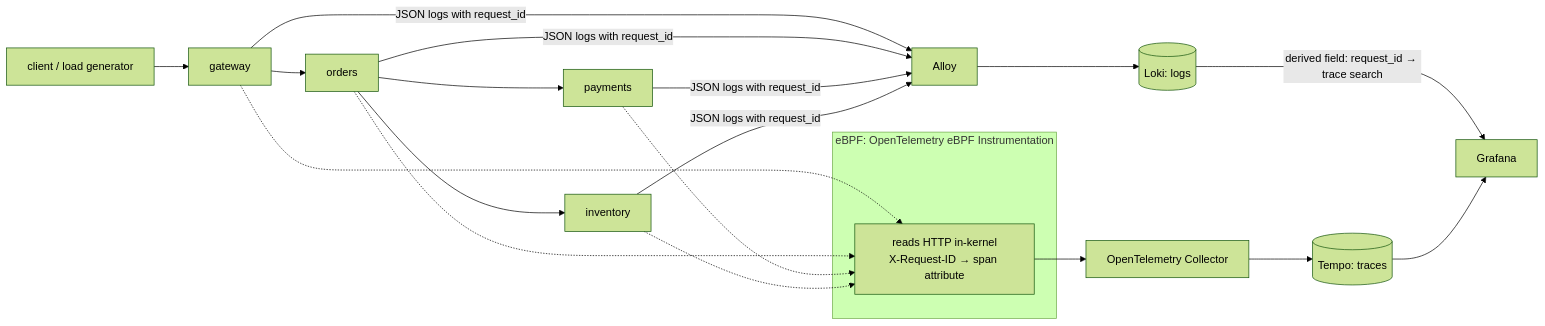
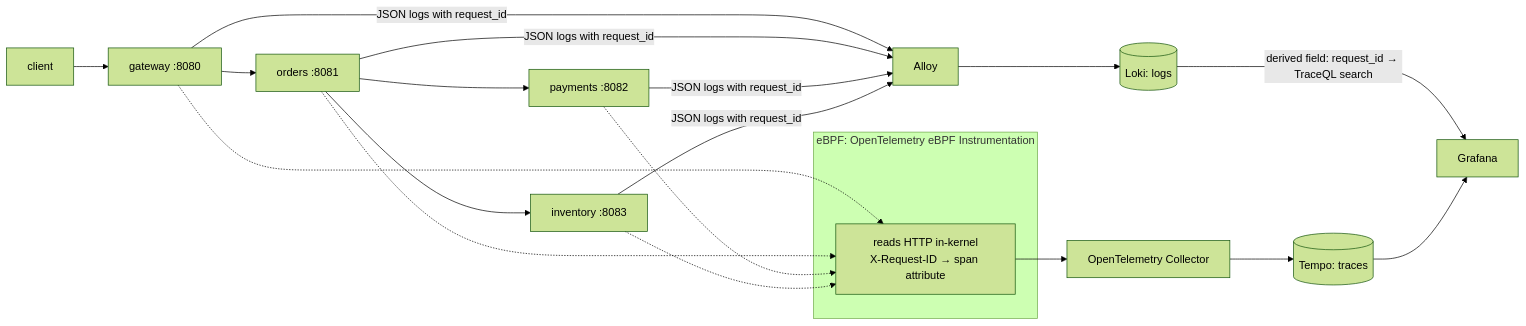
The diagram in README.md (agarwalvivek29/baton-relay), drawn with Mermaid (forest theme) before and after one commit. The commit also changed other lines of this file and 11 other files, not shown here.

````diff
--- a/README.md
+++ b/README.md
@@ -17,20 +38,20 @@
 ```mermaid
 flowchart LR
-    U[client / load generator] --> A[gateway]
-    A --> B[orders]
-    B --> C[payments]
-    B --> D[inventory]
+    U[client] --> A[gateway :8080]
+    A --> B[orders :8081]
+    B --> C[payments :8082]
+    B --> D[inventory :8083]
 
     subgraph kernel [eBPF: OpenTelemetry eBPF Instrumentation]
       K[reads HTTP in-kernel<br/>X-Request-ID → span attribute]
     end
     A -.-> K
     B -.-> K
     C -.-> K
     D -.-> K
 
     K --> O[OpenTelemetry Collector] --> T[(Tempo: traces)]
     A & B & C & D -- JSON logs with request_id --> Y[Alloy] --> L[(Loki: logs)]
-    L -- "derived field: request_id → trace search" --> G[Grafana]
+    L -- "derived field: request_id → TraceQL search" --> G[Grafana]
     T --> G
 ```
````
